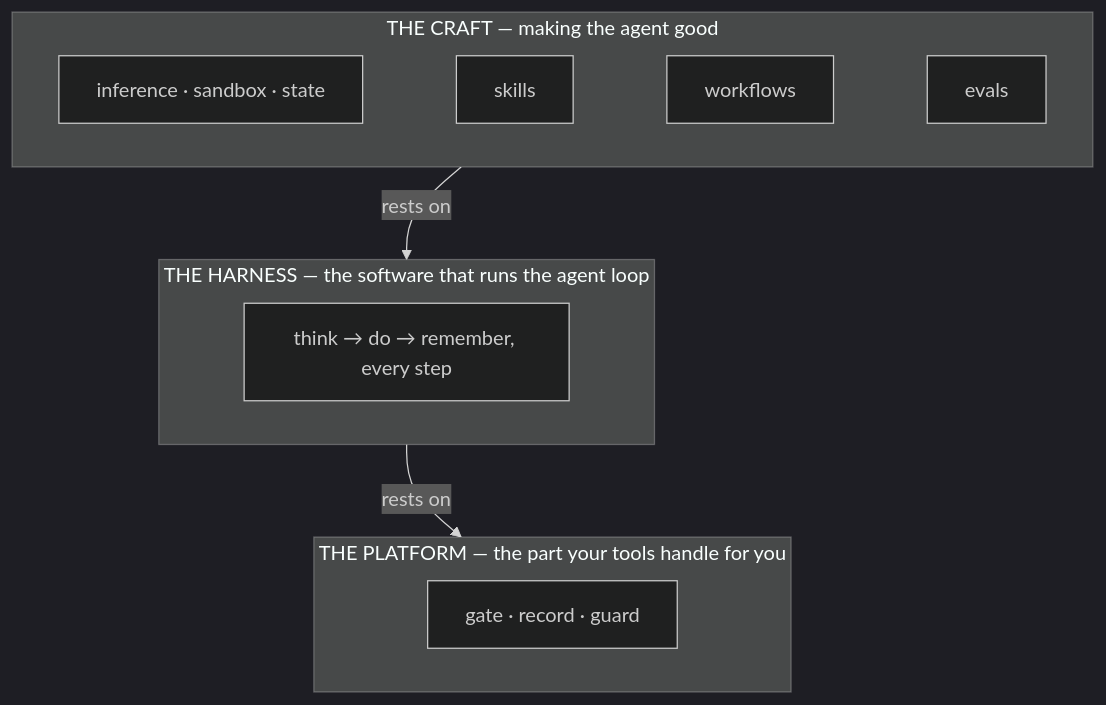
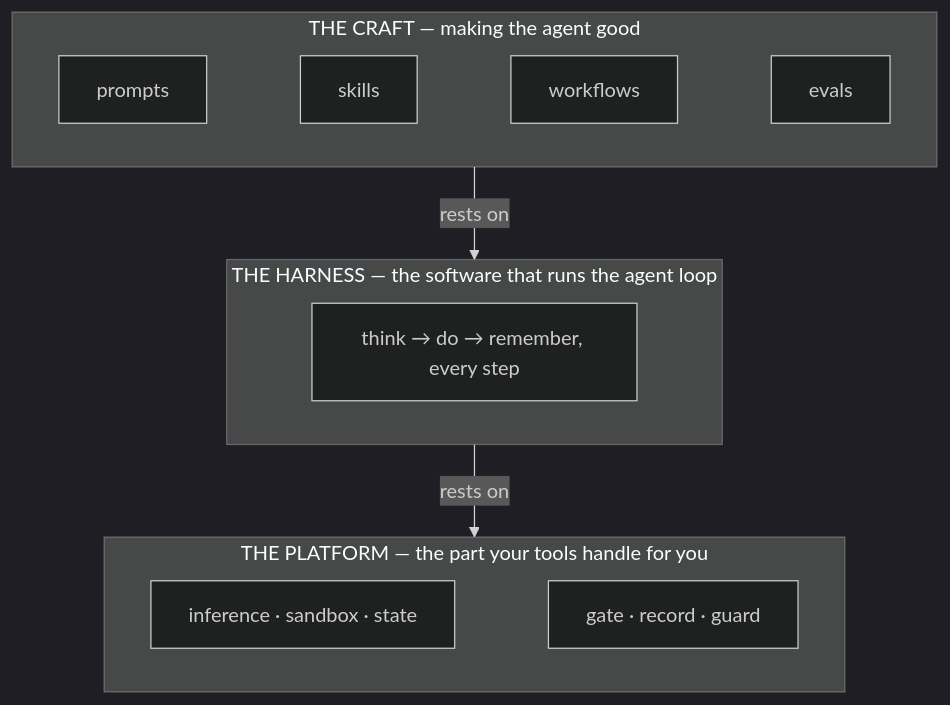
One commit to tilsley/creance changed the fourth of 15 diagrams in docs/stack-slides.md. Above: the diagram before and after it, drawn with Mermaid (dark theme).

Commit message:
fix(slides): unique id for prompts node so slide 3 stack renders vertically
Renaming reasoning->prompts reused id 'P', colliding with the platform 'P' node
and merging the subgraphs. Use 'Pr'.

````diff
--- a/docs/stack-slides.md
+++ b/docs/stack-slides.md
@@ -51,16 +51,16 @@
 ```mermaid
 flowchart TB
   subgraph CRAFT["THE CRAFT — making the agent good"]
     direction LR
-    P["prompts"] ~~~ Sk["skills"] ~~~ Wf["workflows"] ~~~ Ev["evals"]
+    Pr["prompts"] ~~~ Sk["skills"] ~~~ Wf["workflows"] ~~~ Ev["evals"]
   end
   subgraph HARNESS["THE HARNESS — the software that runs the agent loop"]
     L["think → do → remember, every step"]
   end
   subgraph PLATFORM["THE PLATFORM — the part your tools handle for you"]
     direction LR
     P["inference · sandbox · state"] ~~~ Ct["gate · record · guard"]
   end
   CRAFT -->|"rests on"| HARNESS
   HARNESS -->|"rests on"| PLATFORM
 ```
````
